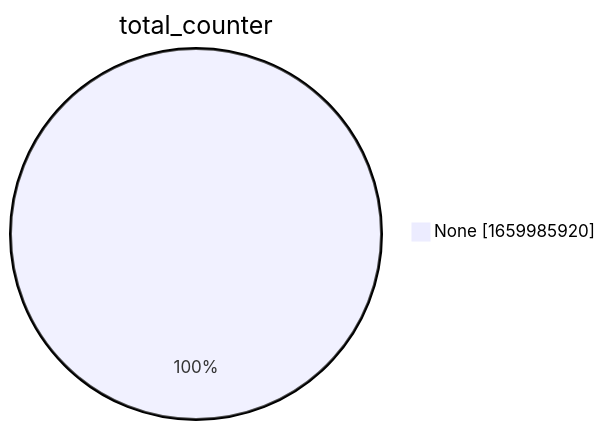
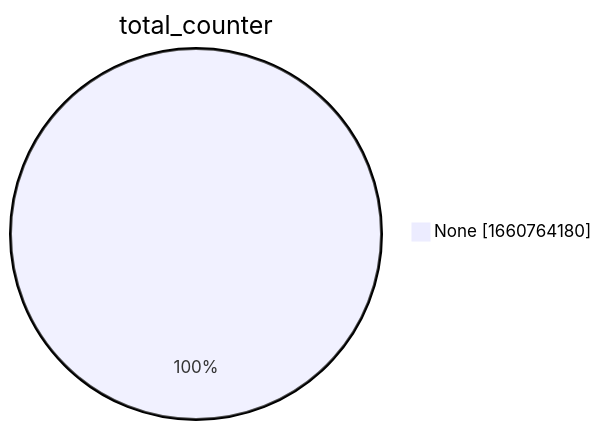
Before and after one commit to christiankrug/ctmonitor_visualization: the second of 15 diagrams in xenon2022/README.md, drawn with Mermaid. The commit also changed other lines of this file, not shown here.

````diff
--- a/xenon2022/README.md
+++ b/xenon2022/README.md
@@ -9,5 +9,5 @@
 ```mermaid
 pie showData
 title total_counter
-"None" :1659985920
+"None" :1660764180
 ```
````
